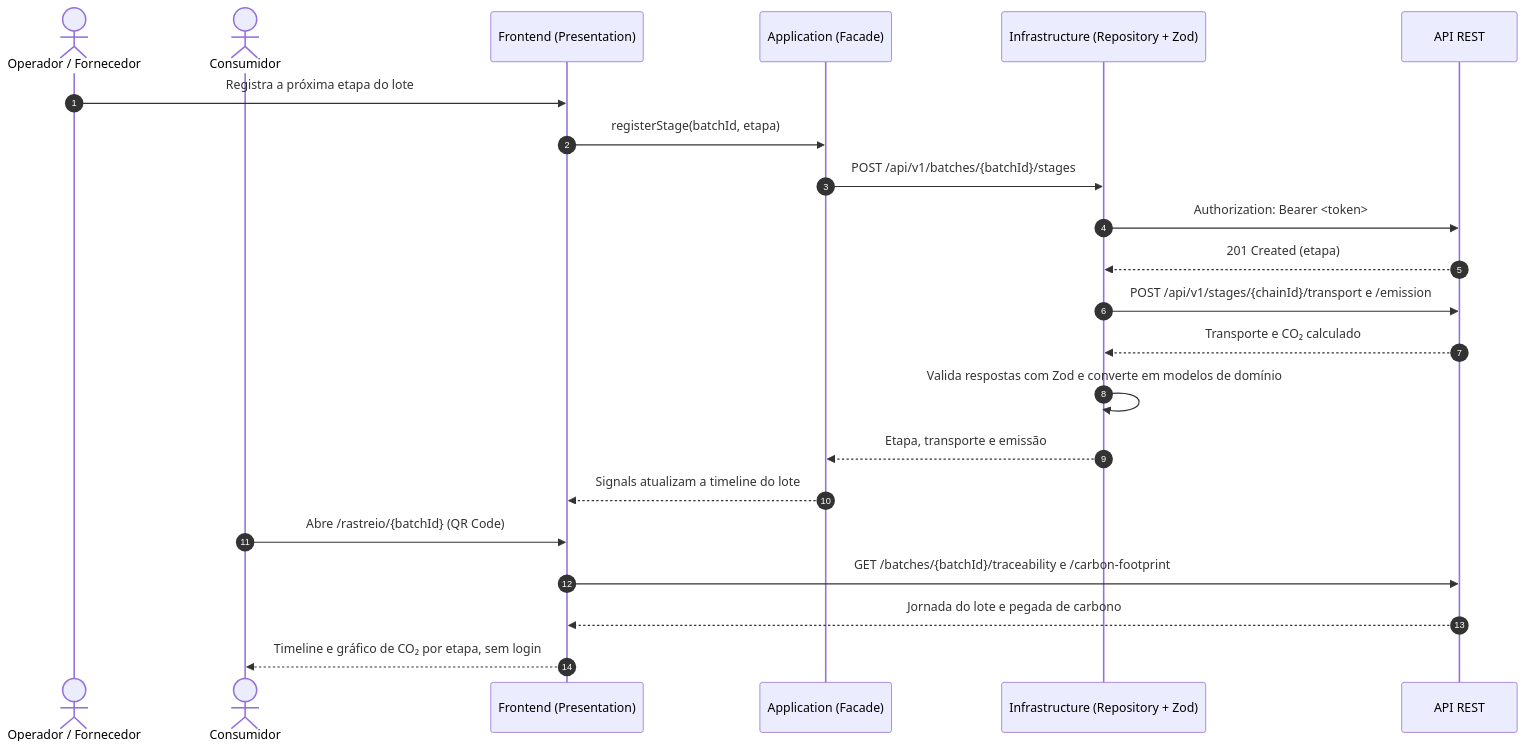
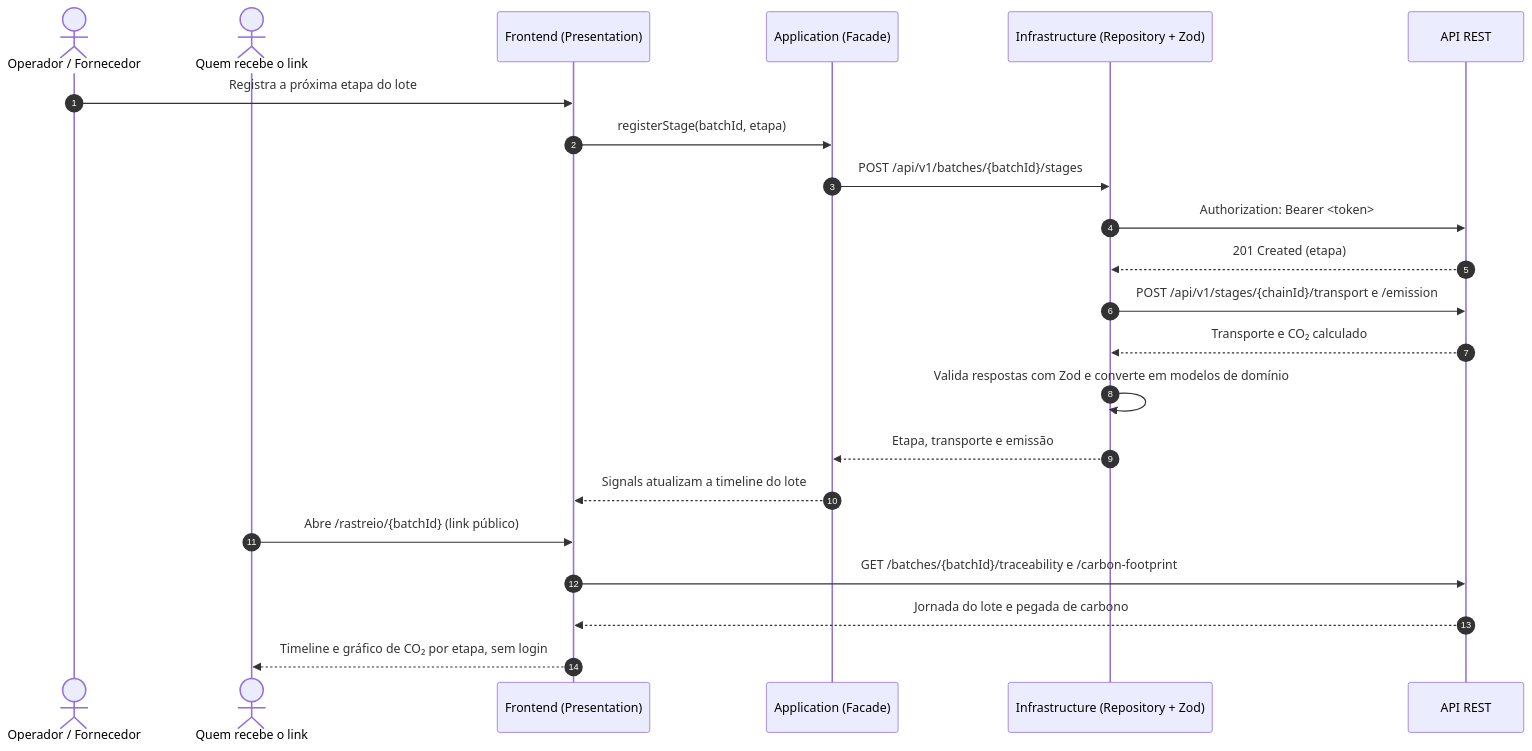
One commit to matheusnascimentods/supply-chain-verde-web changed the first of 4 diagrams in README.md. Above: the diagram before and after it, drawn with Mermaid. The commit also changed other lines of this file, not shown here.

First line of the commit message:
docs: tira o QR Code e o consumidor do README

````diff
--- a/README.md
+++ b/README.md
@@ -15,26 +15,26 @@
 ```mermaid
 sequenceDiagram
     autonumber
     actor User as Operador / Fornecedor
-    actor Consumer as Consumidor
+    actor Consumer as Quem recebe o link
     participant Web as Frontend (Presentation)
     participant Facade as Application (Facade)
     participant Repo as Infrastructure (Repository + Zod)
     participant API as API REST
 
     User->>Web: Registra a próxima etapa do lote
     Web->>Facade: registerStage(batchId, etapa)
     Facade->>Repo: POST /api/v1/batches/{batchId}/stages
     Repo->>API: Authorization: Bearer <token>
     API-->>Repo: 201 Created (etapa)
     Repo->>API: POST /api/v1/stages/{chainId}/transport e /emission
     API-->>Repo: Transporte e CO₂ calculado
     Repo->>Repo: Valida respostas com Zod e converte em modelos de domínio
     Repo-->>Facade: Etapa, transporte e emissão
     Facade-->>Web: Signals atualizam a timeline do lote
 
-    Consumer->>Web: Abre /rastreio/{batchId} (QR Code)
+    Consumer->>Web: Abre /rastreio/{batchId} (link público)
     Web->>API: GET /batches/{batchId}/traceability e /carbon-footprint
     API-->>Web: Jornada do lote e pegada de carbono
     Web-->>Consumer: Timeline e gráfico de CO₂ por etapa, sem login
 ```
````
